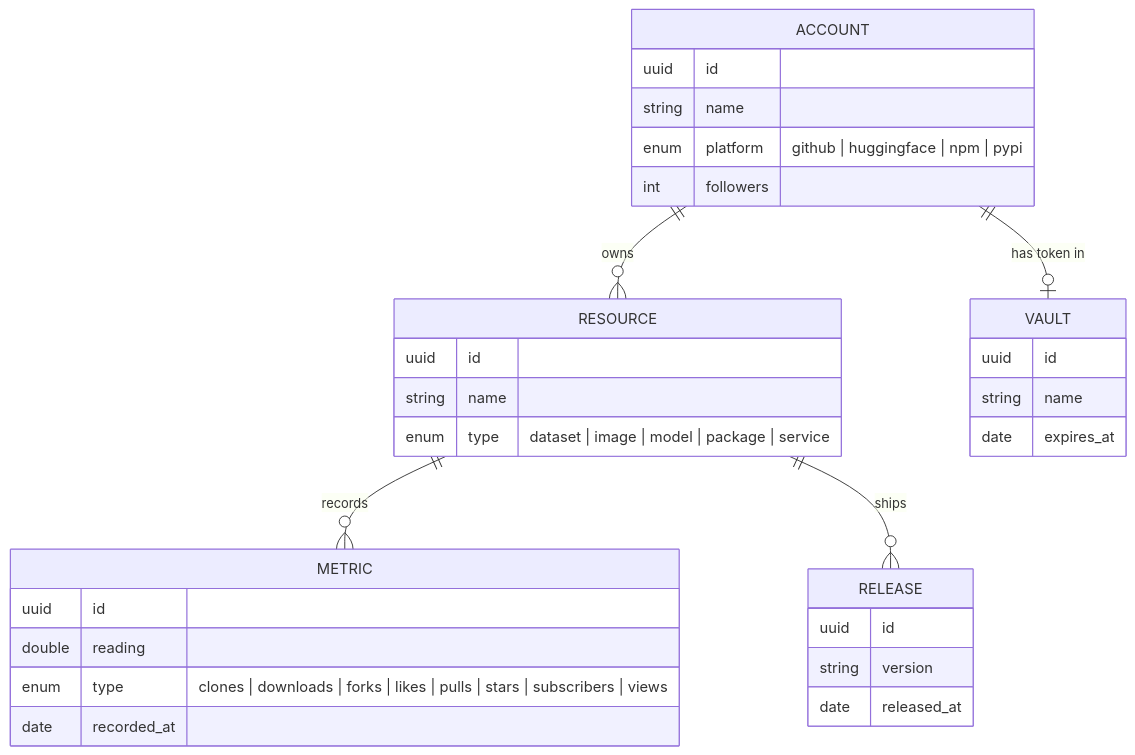
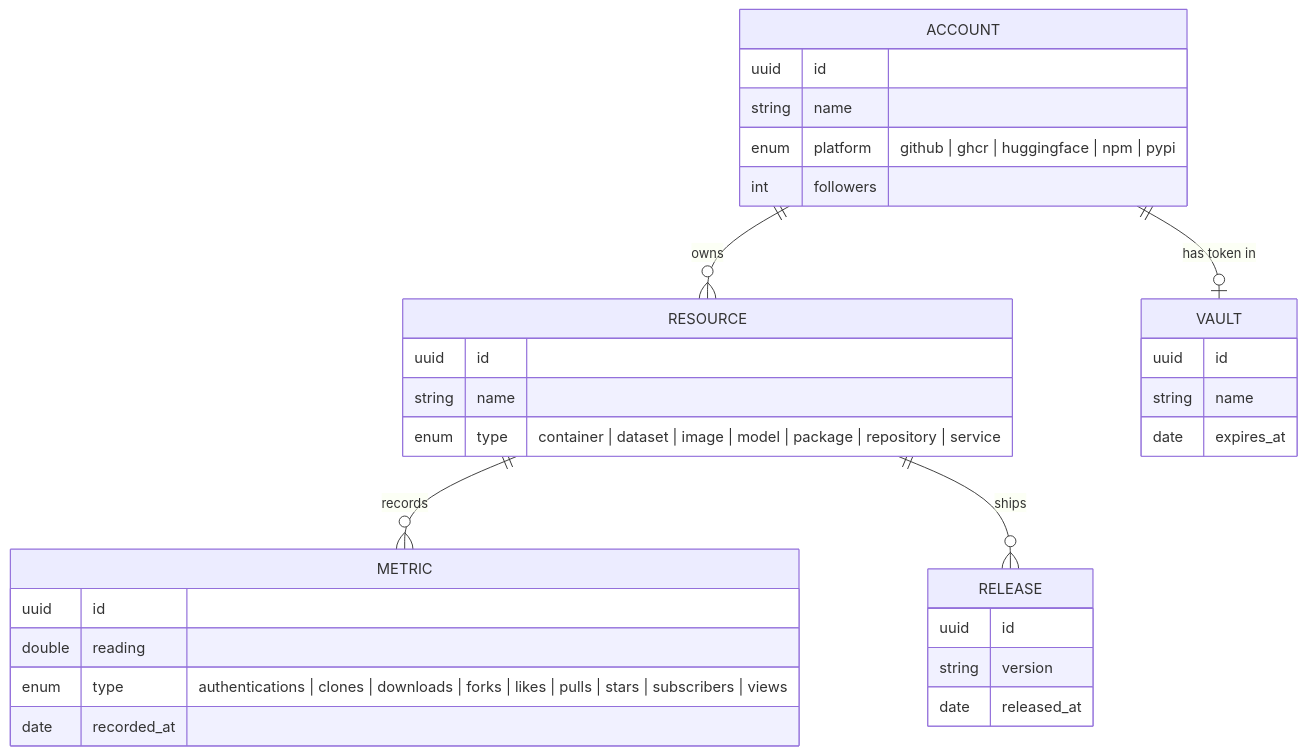
The diagram in README.md (ICICLE-ai/icicle-insights), drawn with Mermaid before and after one commit. The commit also changed other lines of this file and 77 other files, not shown here.

````diff
--- a/README.md
+++ b/README.md
@@ -106,35 +106,35 @@
 ```mermaid
 erDiagram
     ACCOUNT ||--o{ RESOURCE : owns
     ACCOUNT ||--o| VAULT : "has token in"
     RESOURCE ||--o{ METRIC : records
     RESOURCE ||--o{ RELEASE : ships
 
     ACCOUNT {
         uuid   id
         string name
-        enum   platform "github | huggingface | npm | pypi"
+        enum   platform "github | ghcr | huggingface | npm | pypi"
         int    followers
     }
     RESOURCE {
         uuid   id
         string name
-        enum   type "dataset | image | model | package | service"
+        enum   type "container | dataset | image | model | package | repository | service"
     }
     METRIC {
         uuid   id
         double reading
-        enum   type "clones | downloads | forks | likes | pulls | stars | subscribers | views"
+        enum   type "authentications | clones | downloads | forks | likes | pulls | stars | subscribers | views"
         date   recorded_at
     }
     RELEASE {
         uuid   id
         string version
         date   released_at
     }
     VAULT {
         uuid   id
         string name
         date   expires_at
     }
 ```
````
